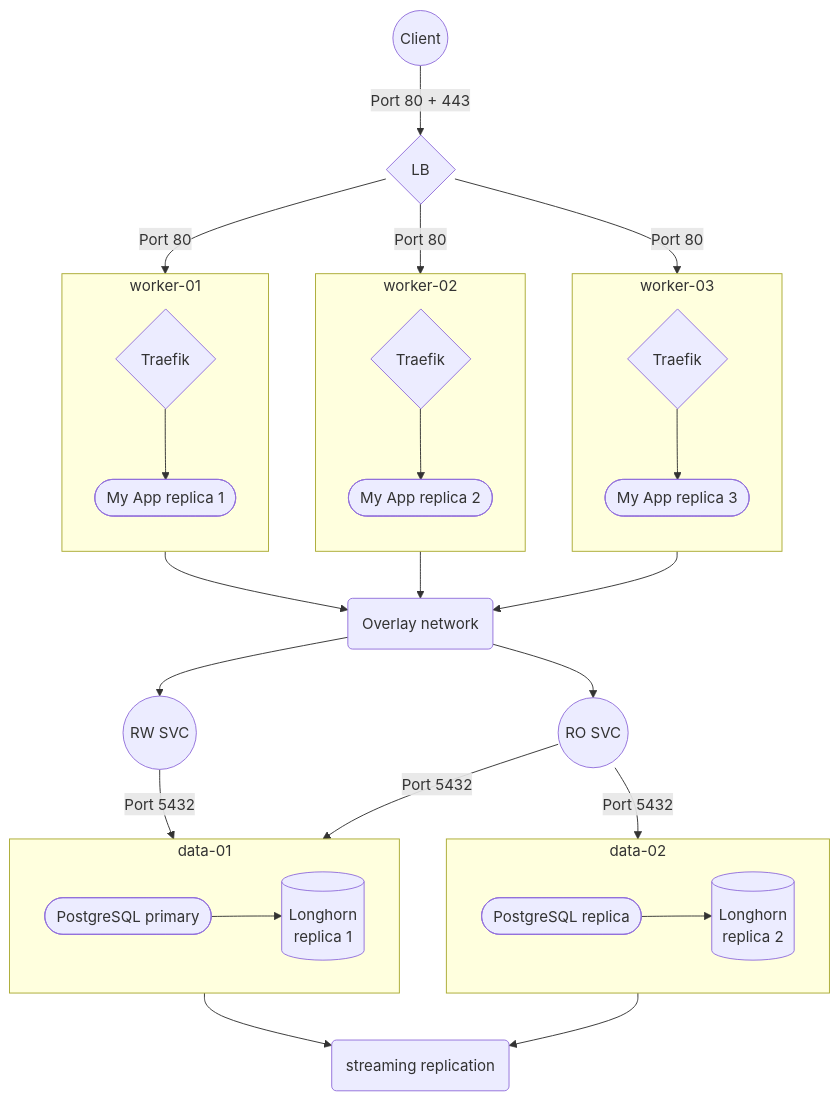
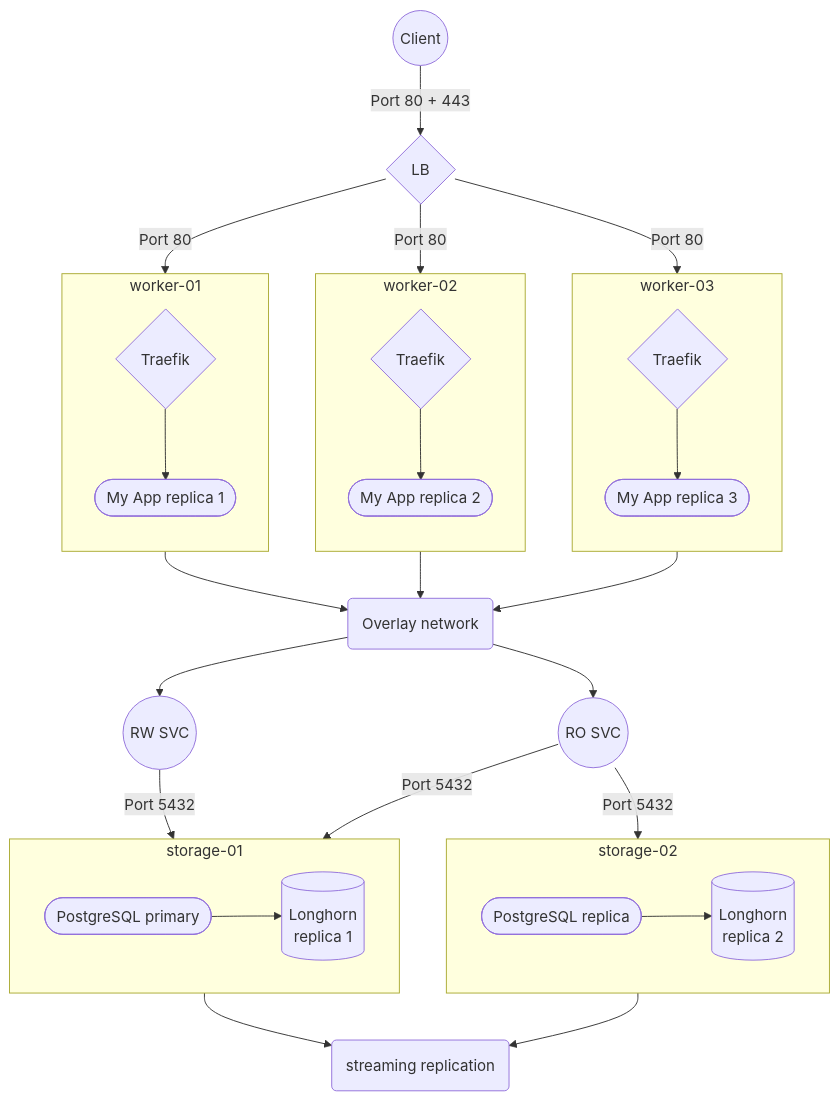
One commit to okami101/terraform-hcloud-k3s changed the second of 2 diagrams in README.md. Above: the diagram before and after it, drawn with Mermaid.

````diff
--- a/README.md
+++ b/README.md
@@ -173,51 +173,51 @@
 ```mermaid
 flowchart TB
 client((Client))
 client -- Port 80 + 443 --> lb{LB}
 lb{LB}
 lb -- Port 80 --> worker-01
 lb -- Port 80 --> worker-02
 lb -- Port 80 --> worker-03
 subgraph worker-01
   direction TB
   traefik-01{Traefik}
   app-01([My App replica 1])
   traefik-01 --> app-01
 end
 subgraph worker-02
   direction TB
   traefik-02{Traefik}
   app-02([My App replica 2])
   traefik-02 --> app-02
 end
 subgraph worker-03
   direction TB
   traefik-03{Traefik}
   app-03([My App replica 3])
   traefik-03 --> app-03
 end
 overlay(Overlay network)
 worker-01 --> overlay
 worker-02 --> overlay
 worker-03 --> overlay
 overlay --> db-rw
 overlay --> db-ro
 db-rw((RW SVC))
-db-rw -- Port 5432 --> data-01
+db-rw -- Port 5432 --> storage-01
 db-ro((RO SVC))
-db-ro -- Port 5432 --> data-01
-db-ro -- Port 5432 --> data-02
-subgraph data-01
+db-ro -- Port 5432 --> storage-01
+db-ro -- Port 5432 --> storage-02
+subgraph storage-01
   pg-primary([PostgreSQL primary])
   longhorn-01[(Longhorn<br>replica 1)]
   pg-primary --> longhorn-01
 end
-subgraph data-02
+subgraph storage-02
   pg-replica([PostgreSQL replica])
   longhorn-02[(Longhorn<br>replica 2)]
   pg-replica --> longhorn-02
 end
 db-streaming(streaming replication)
-data-01 --> db-streaming
-data-02 --> db-streaming
+storage-01 --> db-streaming
+storage-02 --> db-streaming
 ```
````
